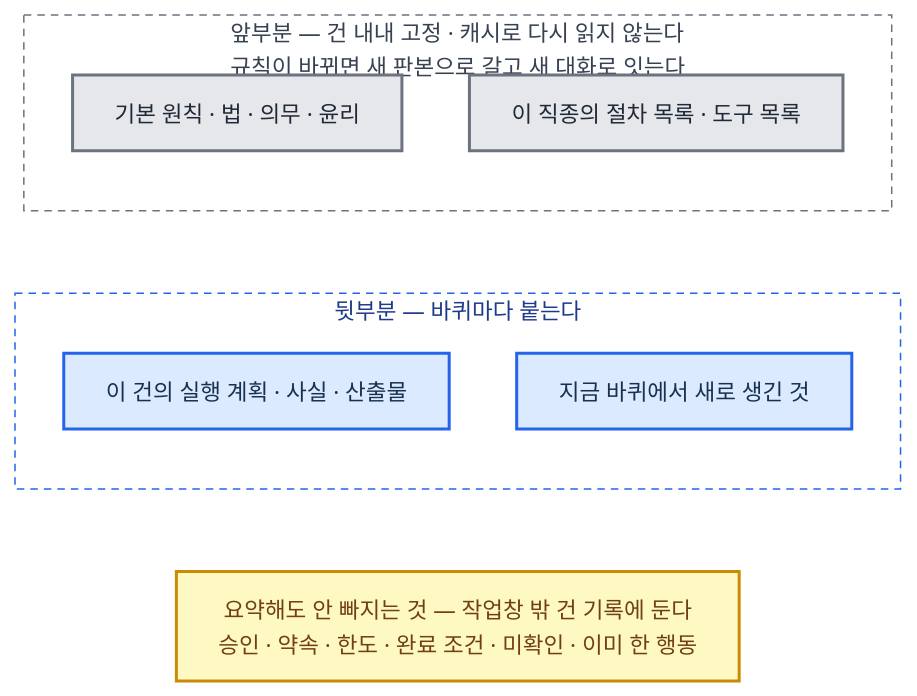
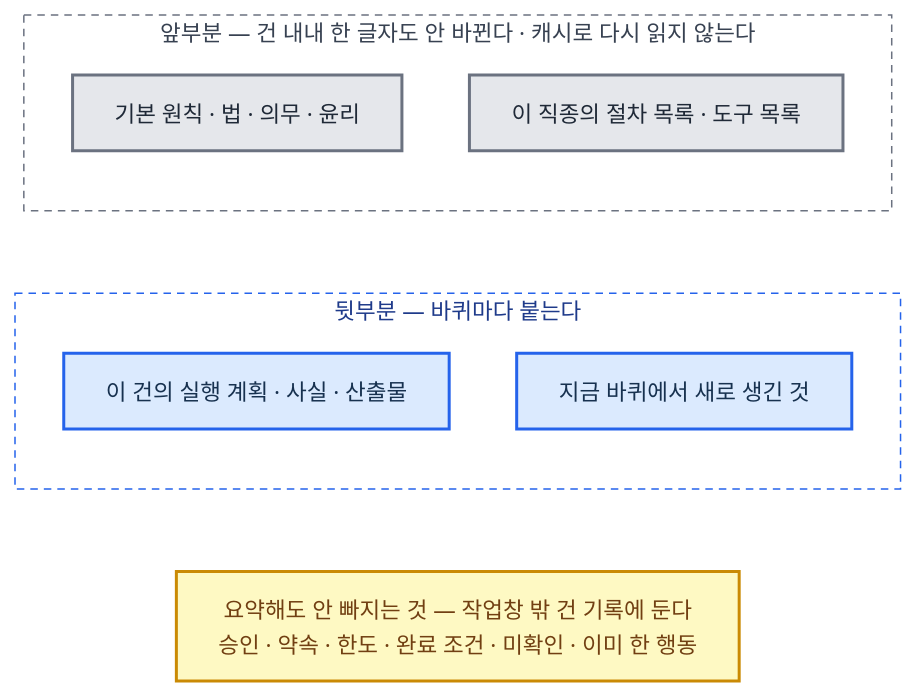
The third of 19 diagrams in 전문가 에이전트 정의 2.md (harisbaguette/expert), drawn with Mermaid before and after one commit. The commit also changed other lines of this file and 4 other files, not shown here.

````diff
--- a/전문가 에이전트 정의 2.md
+++ b/전문가 에이전트 정의 2.md
@@ -559,22 +559,22 @@
 ```mermaid
 %%{init: {"flowchart": {"wrappingWidth": 640, "curve": "basis", "nodeSpacing": 45, "rankSpacing": 55, "padding": 14, "useMaxWidth": true}, "themeVariables": {"fontSize": "15px"}} }%%
 flowchart TB
-    subgraph FIX["앞부분 — 건 내내 고정 · 캐시로 다시 읽지 않는다<br/>규칙이 바뀌면 새 판본으로 갈고 새 대화로 잇는다"]
+    subgraph FIX["앞부분 — 건 내내 한 글자도 안 바뀐다 · 캐시로 다시 읽지 않는다"]
         direction TB
         B1["기본 원칙 · 법 · 의무 · 윤리"]:::store
         B2["이 직종의 절차 목록 · 도구 목록"]:::store
     end
     subgraph VAR["뒷부분 — 바퀴마다 붙는다"]
         direction TB
         B3["이 건의 실행 계획 · 사실 · 산출물"]:::main
         B4["지금 바퀴에서 새로 생긴 것"]:::main
     end
     KEEP["요약해도 안 빠지는 것 — 작업창 밖 건 기록에 둔다<br/>승인 · 약속 · 한도 · 완료 조건 · 미확인 · 이미 한 행동"]:::note
     FIX ~~~ VAR
     VAR ~~~ KEEP
     classDef store fill:#e5e7eb,stroke:#6b7280,stroke-width:2px,color:#1f2937
     classDef main fill:#dbeafe,stroke:#2563eb,stroke-width:2px,color:#17314f
     classDef note fill:#fef9c3,stroke:#ca8a04,stroke-width:2px,color:#713f12
     style FIX fill:none,stroke:#6b7280,stroke-width:1px,stroke-dasharray:5 4,color:#374151
     style VAR fill:none,stroke:#2563eb,stroke-width:1px,stroke-dasharray:5 4,color:#1e3a8a
 ```
````
